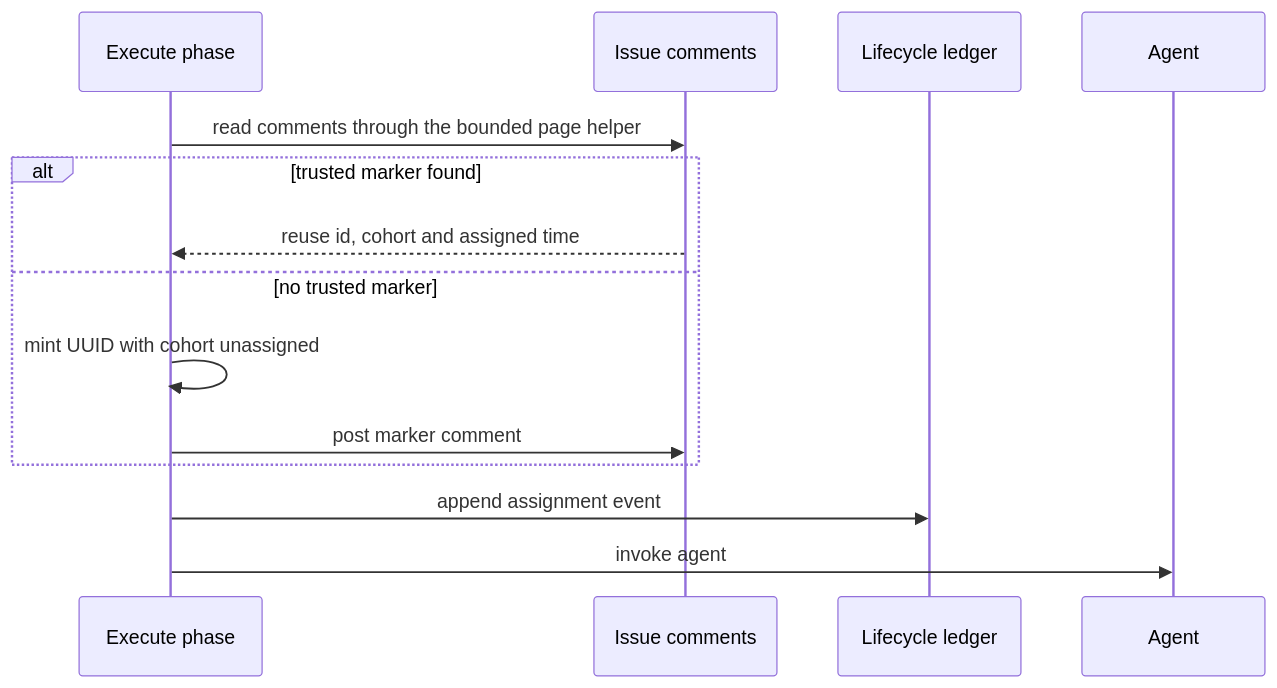
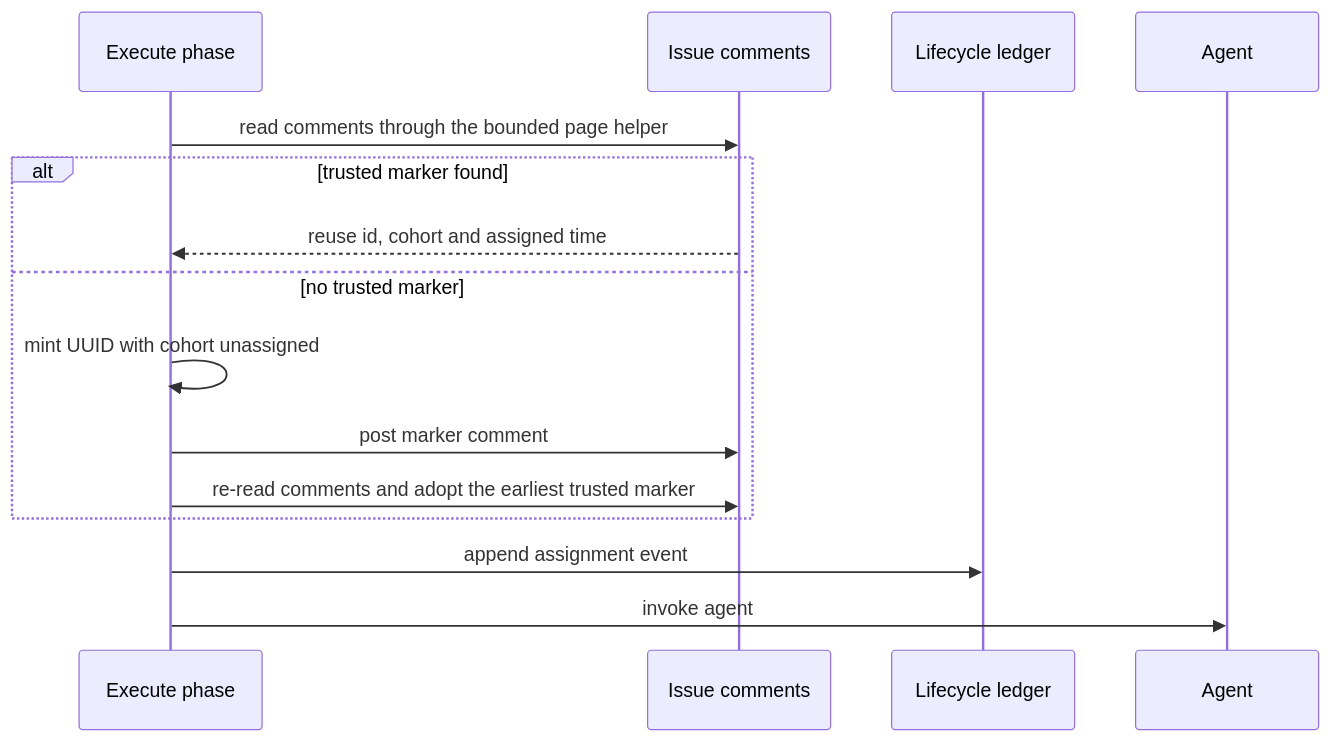
The ninth of 47 diagrams in docs/INTERNALS.md (stSoftwareAU/VibeCoder), drawn with Mermaid before and after one commit. The commit also changed other lines of this file and 5 other files, not shown here.

````diff
--- a/docs/INTERNALS.md
+++ b/docs/INTERNALS.md
@@ -1141,16 +1145,17 @@
 ```mermaid
 sequenceDiagram
     participant Exec as Execute phase
     participant Issue as Issue comments
     participant Ledger as Lifecycle ledger
     participant Agent as Agent
     Exec->>Issue: read comments through the bounded page helper
     alt trusted marker found
         Issue-->>Exec: reuse id, cohort and assigned time
     else no trusted marker
         Exec->>Exec: mint UUID with cohort unassigned
         Exec->>Issue: post marker comment
+        Exec->>Issue: re-read comments and adopt the earliest trusted marker
     end
     Exec->>Ledger: append assignment event
     Exec->>Agent: invoke agent
 ```
````
